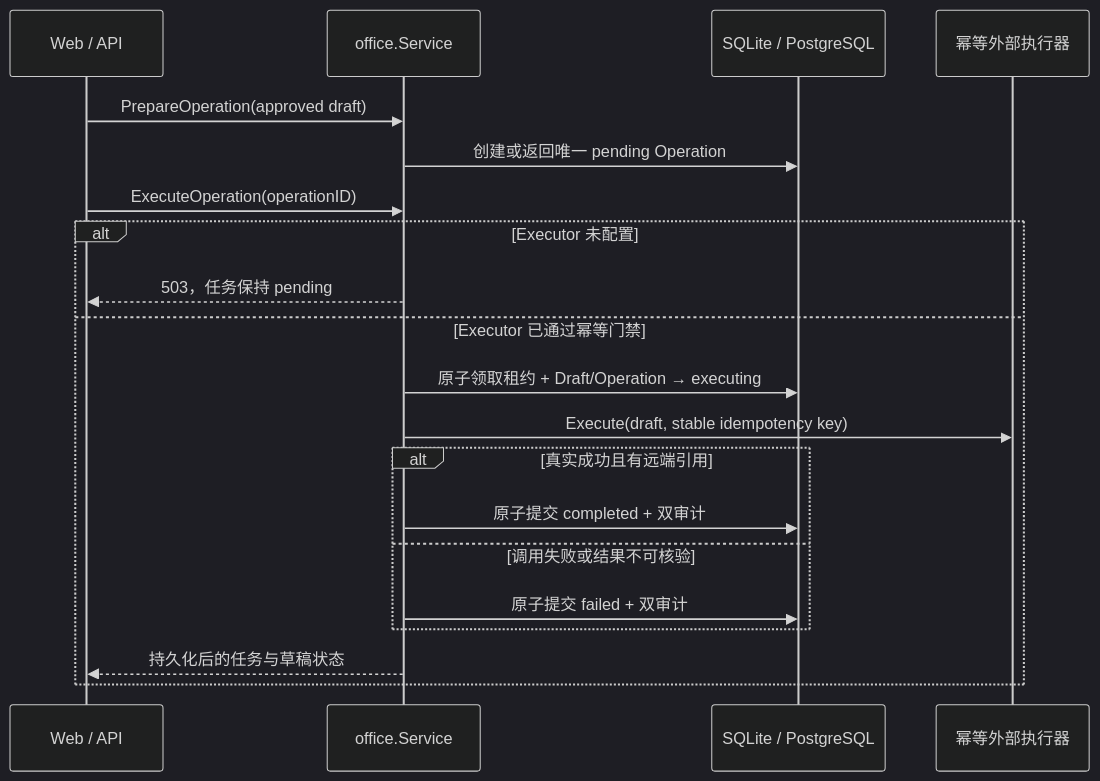
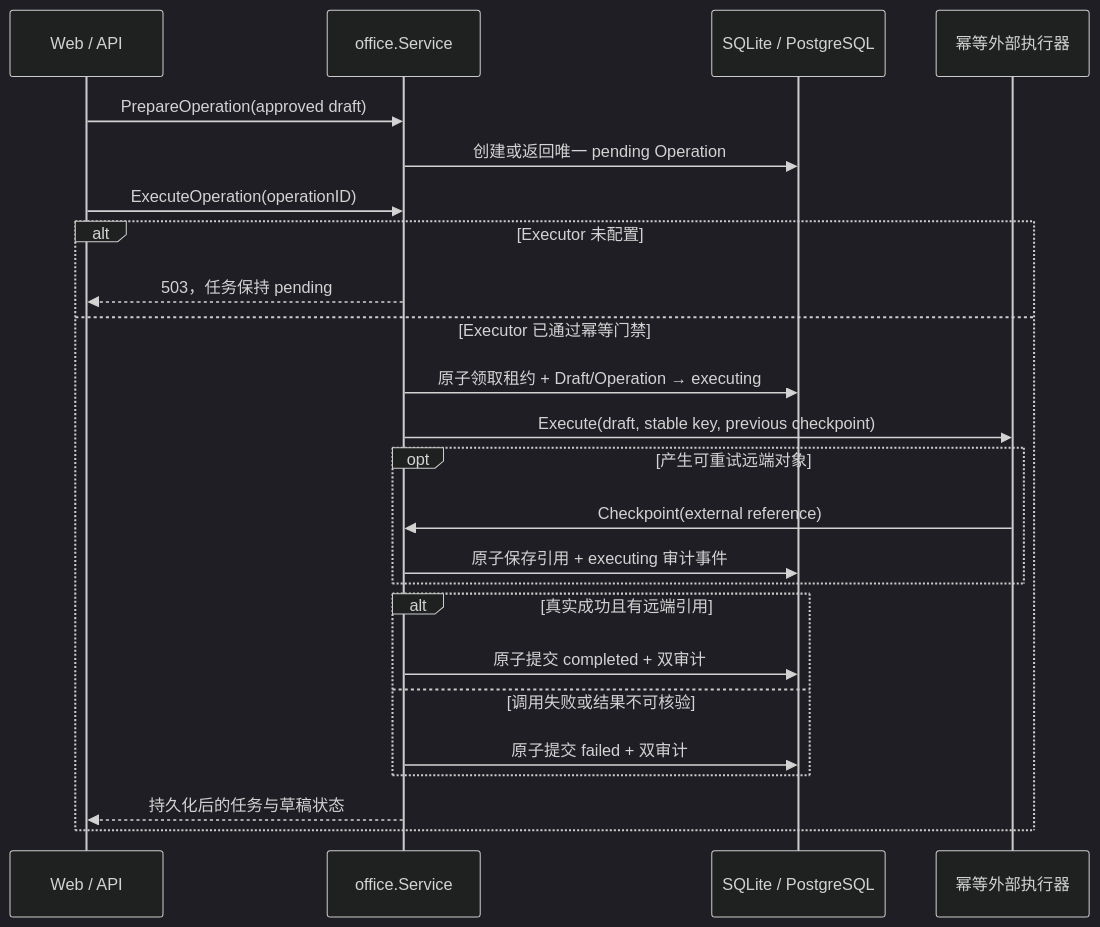
Before and after one commit to zora-DD/zora: the seventh of 9 diagrams in docs/technical-design.md, drawn with Mermaid (dark theme). The commit also changed other lines of this file and 20 other files, not shown here.

````diff
--- a/docs/technical-design.md
+++ b/docs/technical-design.md
@@ -693,22 +696,26 @@
 ```mermaid
 sequenceDiagram
     participant User as Web / API
     participant Office as office.Service
     participant Store as SQLite / PostgreSQL
     participant Executor as 幂等外部执行器
     User->>Office: PrepareOperation(approved draft)
     Office->>Store: 创建或返回唯一 pending Operation
     User->>Office: ExecuteOperation(operationID)
     alt Executor 未配置
         Office-->>User: 503，任务保持 pending
     else Executor 已通过幂等门禁
         Office->>Store: 原子领取租约 + Draft/Operation → executing
-        Office->>Executor: Execute(draft, stable idempotency key)
+        Office->>Executor: Execute(draft, stable key, previous checkpoint)
+        opt 产生可重试远端对象
+            Executor->>Office: Checkpoint(external reference)
+            Office->>Store: 原子保存引用 + executing 审计事件
+        end
         alt 真实成功且有远端引用
             Office->>Store: 原子提交 completed + 双审计
         else 调用失败或结果不可核验
             Office->>Store: 原子提交 failed + 双审计
         end
         Office-->>User: 持久化后的任务与草稿状态
     end
 ```
````
